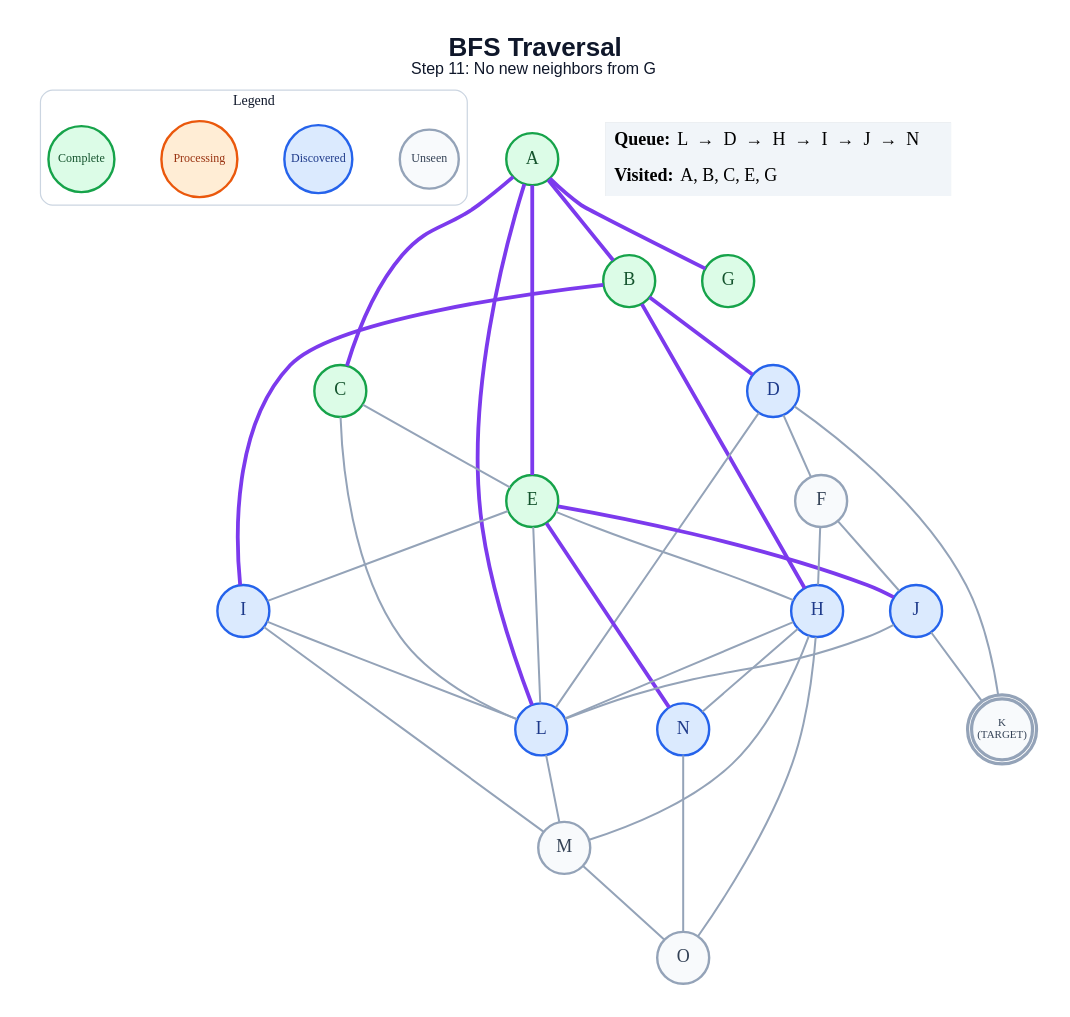
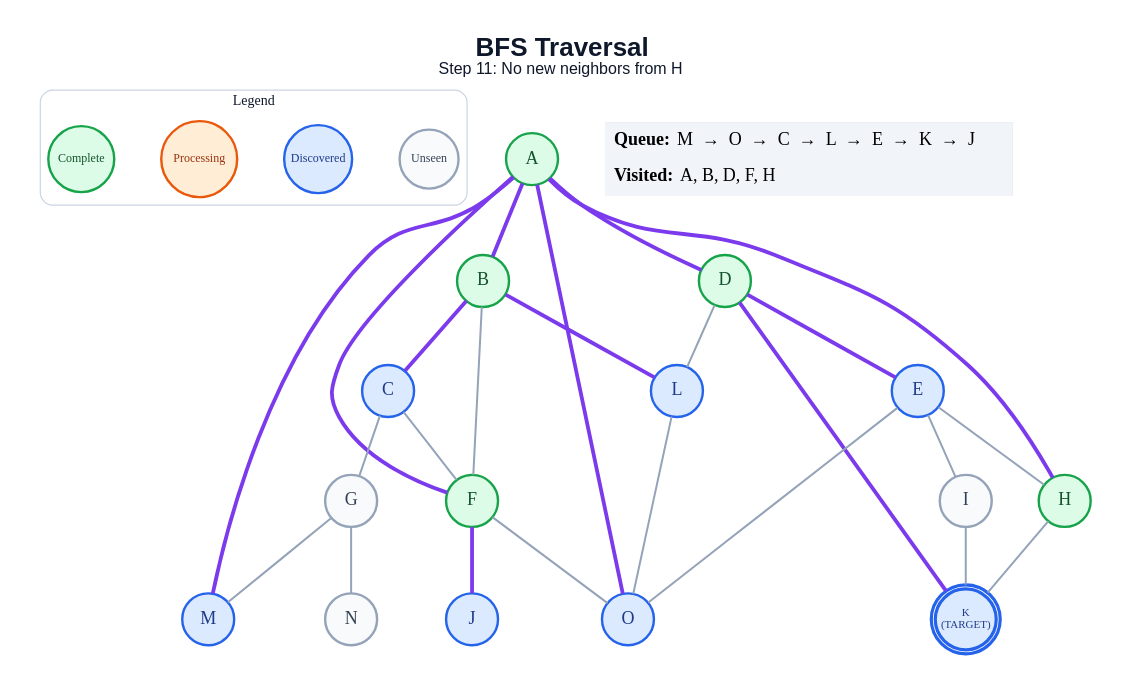
The diagram in generated/bfs/step_11.dot (anon7238593-create/ai-slop), drawn with Graphviz before and after one commit. The commit also changed 283 other files, not shown here.

```diff
--- a/generated/bfs/step_11.dot
+++ b/generated/bfs/step_11.dot
@@ -1,65 +1,58 @@
 graph traversal {
   graph [layout=dot, rankdir=TB, bgcolor="#FFFFFF", pad="0.35", nodesep="0.65", ranksep="0.8", fontname="Arial"];
   node [shape=circle, style="filled", fontname="Arial Bold", fontsize=18, width=0.72, fixedsize=true, penwidth=2.4];
   edge [color="#94A3B8", penwidth=2.0];
-  label=<<B>BFS Traversal</B><BR/><FONT POINT-SIZE="16">Step 11: No new neighbors from G</FONT>>; labelloc="t"; fontsize=26; fontname="Arial"; fontcolor="#0F172A";
+  label=<<B>BFS Traversal</B><BR/><FONT POINT-SIZE="16">Step 11: No new neighbors from H</FONT>>; labelloc="t"; fontsize=26; fontname="Arial"; fontcolor="#0F172A";
   subgraph cluster_legend { label="Legend"; color="#CBD5E1"; penwidth=1.2; style="rounded"; fontsize=14; fontname="Arial Bold";
     key_unseen [label="Unseen", fillcolor="#F8FAFC", color="#94A3B8", fontcolor="#334155", fontsize=12, width=0.82];
     key_frontier [label="Discovered", fillcolor="#DBEAFE", color="#2563EB", fontcolor="#1E3A8A", fontsize=12, width=0.95];
     key_current [label="Processing", fillcolor="#FFEDD5", color="#EA580C", fontcolor="#9A3412", fontsize=12, width=1.05];
     key_done [label="Complete", fillcolor="#DCFCE7", color="#16A34A", fontcolor="#14532D", fontsize=12, width=0.92];
     { rank=same; key_unseen; key_frontier; key_current; key_done; }
   }
   A [label="A", fillcolor="#DCFCE7", color="#16A34A", fontcolor="#14532D", peripheries=1, penwidth=2.4];
   B [label="B", fillcolor="#DCFCE7", color="#16A34A", fontcolor="#14532D", peripheries=1, penwidth=2.4];
-  C [label="C", fillcolor="#DCFCE7", color="#16A34A", fontcolor="#14532D", peripheries=1, penwidth=2.4];
-  D [label="D", fillcolor="#DBEAFE", color="#2563EB", fontcolor="#1E3A8A", peripheries=1, penwidth=2.4];
-  E [label="E", fillcolor="#DCFCE7", color="#16A34A", fontcolor="#14532D", peripheries=1, penwidth=2.4];
-  F [label="F", fillcolor="#F8FAFC", color="#94A3B8", fontcolor="#334155", peripheries=1, penwidth=2.4];
-  G [label="G", fillcolor="#DCFCE7", color="#16A34A", fontcolor="#14532D", peripheries=1, penwidth=2.4];
-  H [label="H", fillcolor="#DBEAFE", color="#2563EB", fontcolor="#1E3A8A", peripheries=1, penwidth=2.4];
-  I [label="I", fillcolor="#DBEAFE", color="#2563EB", fontcolor="#1E3A8A", peripheries=1, penwidth=2.4];
+  C [label="C", fillcolor="#DBEAFE", color="#2563EB", fontcolor="#1E3A8A", peripheries=1, penwidth=2.4];
+  D [label="D", fillcolor="#DCFCE7", color="#16A34A", fontcolor="#14532D", peripheries=1, penwidth=2.4];
+  E [label="E", fillcolor="#DBEAFE", color="#2563EB", fontcolor="#1E3A8A", peripheries=1, penwidth=2.4];
+  F [label="F", fillcolor="#DCFCE7", color="#16A34A", fontcolor="#14532D", peripheries=1, penwidth=2.4];
+  G [label="G", fillcolor="#F8FAFC", color="#94A3B8", fontcolor="#334155", peripheries=1, penwidth=2.4];
+  H [label="H", fillcolor="#DCFCE7", color="#16A34A", fontcolor="#14532D", peripheries=1, penwidth=2.4];
+  I [label="I", fillcolor="#F8FAFC", color="#94A3B8", fontcolor="#334155", peripheries=1, penwidth=2.4];
   J [label="J", fillcolor="#DBEAFE", color="#2563EB", fontcolor="#1E3A8A", peripheries=1, penwidth=2.4];
-  K [label="K\n(TARGET)", fillcolor="#F8FAFC", color="#94A3B8", fontcolor="#334155", peripheries=2, penwidth=3.2, fontsize=11, width=0.85, height=0.85];
+  K [label="K\n(TARGET)", fillcolor="#DBEAFE", color="#2563EB", fontcolor="#1E3A8A", peripheries=2, penwidth=3.2, fontsize=11, width=0.85, height=0.85];
   L [label="L", fillcolor="#DBEAFE", color="#2563EB", fontcolor="#1E3A8A", peripheries=1, penwidth=2.4];
-  M [label="M", fillcolor="#F8FAFC", color="#94A3B8", fontcolor="#334155", peripheries=1, penwidth=2.4];
-  N [label="N", fillcolor="#DBEAFE", color="#2563EB", fontcolor="#1E3A8A", peripheries=1, penwidth=2.4];
-  O [label="O", fillcolor="#F8FAFC", color="#94A3B8", fontcolor="#334155", peripheries=1, penwidth=2.4];
+  M [label="M", fillcolor="#DBEAFE", color="#2563EB", fontcolor="#1E3A8A", peripheries=1, penwidth=2.4];
+  N [label="N", fillcolor="#F8FAFC", color="#94A3B8", fontcolor="#334155", peripheries=1, penwidth=2.4];
+  O [label="O", fillcolor="#DBEAFE", color="#2563EB", fontcolor="#1E3A8A", peripheries=1, penwidth=2.4];
   A -- B [color="#7C3AED", penwidth=3.8];
-  A -- C [color="#7C3AED", penwidth=3.8];
-  A -- E [color="#7C3AED", penwidth=3.8];
-  A -- G [color="#7C3AED", penwidth=3.8];
-  A -- L [color="#7C3AED", penwidth=3.8];
-  B -- D [color="#7C3AED", penwidth=3.8];
-  B -- H [color="#7C3AED", penwidth=3.8];
-  B -- I [color="#7C3AED", penwidth=3.8];
-  C -- E;
-  C -- L;
-  D -- F;
-  D -- K;
+  A -- D [color="#7C3AED", penwidth=3.8];
+  A -- F [color="#7C3AED", penwidth=3.8];
+  A -- H [color="#7C3AED", penwidth=3.8];
+  A -- M [color="#7C3AED", penwidth=3.8];
+  A -- O [color="#7C3AED", penwidth=3.8];
+  B -- C [color="#7C3AED", penwidth=3.8];
+  B -- F;
+  B -- L [color="#7C3AED", penwidth=3.8];
+  C -- F;
+  C -- G;
+  D -- E [color="#7C3AED", penwidth=3.8];
+  D -- K [color="#7C3AED", penwidth=3.8];
   D -- L;
   E -- H;
   E -- I;
-  E -- J [color="#7C3AED", penwidth=3.8];
-  E -- L;
-  E -- N [color="#7C3AED", penwidth=3.8];
-  F -- H;
-  F -- J;
-  H -- L;
-  H -- M;
-  H -- N;
-  H -- O;
-  I -- L;
-  I -- M;
-  J -- K;
-  J -- L;
-  L -- M;
-  M -- O;
-  N -- O;
+  E -- O;
+  F -- J [color="#7C3AED", penwidth=3.8];
+  F -- O;
+  G -- M;
+  G -- N;
+  H -- K;
+  I -- K;
+  L -- O;
   status [shape=plain, fixedsize=false, width=0, height=0, margin=0, label=<
     <TABLE BORDER="0" CELLBORDER="0" CELLPADDING="7" BGCOLOR="#F1F5F9">
-      <TR><TD ALIGN="LEFT"><B>Queue:</B> L  →  D  →  H  →  I  →  J  →  N</TD></TR>
-      <TR><TD ALIGN="LEFT"><B>Visited:</B> A, B, C, E, G</TD></TR>
+      <TR><TD ALIGN="LEFT"><B>Queue:</B> M  →  O  →  C  →  L  →  E  →  K  →  J</TD></TR>
+      <TR><TD ALIGN="LEFT"><B>Visited:</B> A, B, D, F, H</TD></TR>
     </TABLE>
   >];
 }
```
